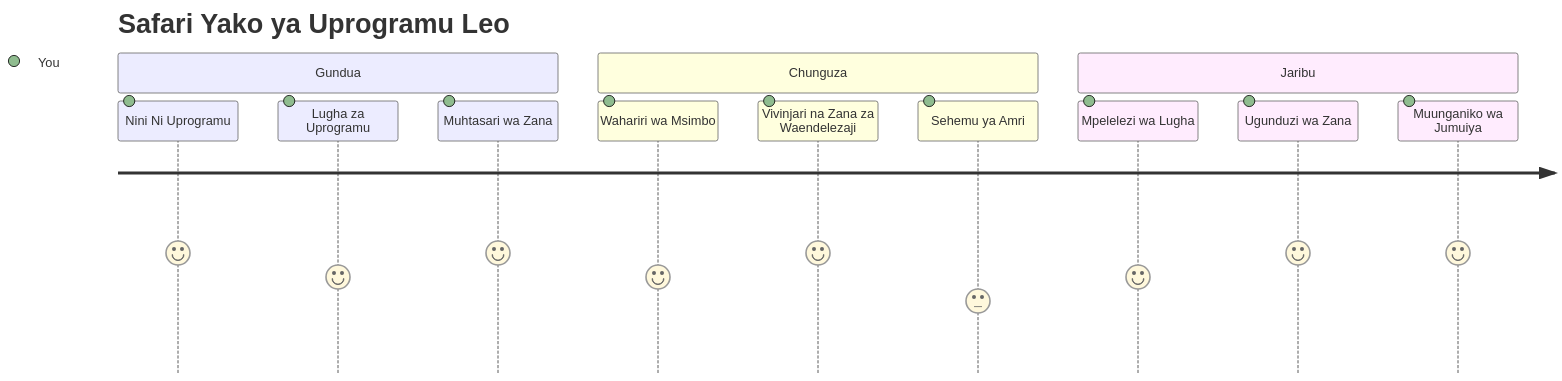
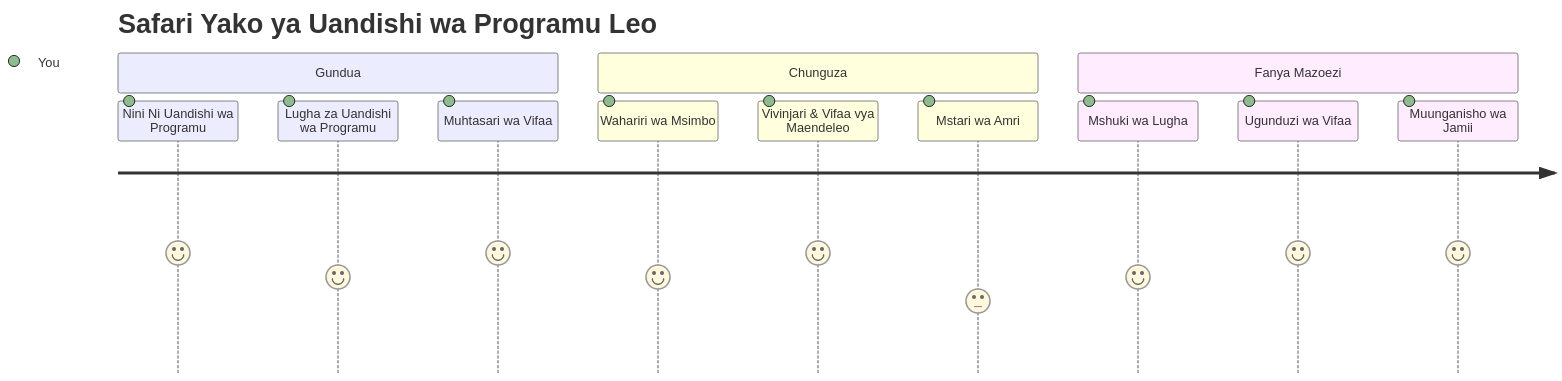
Before and after one commit to microsoft/Web-Dev-For-Beginners: the first of 7 diagrams in translations/sw/1-getting-started-lessons/1-intro-to-programming-languages/README.md, drawn with Mermaid. The commit also changed other lines of this file and 8 other files, not shown here.

````diff
--- a/translations/sw/1-getting-started-lessons/1-intro-to-programming-languages/README.md
+++ b/translations/sw/1-getting-started-lessons/1-intro-to-programming-languages/README.md
@@ -14,16 +14,16 @@
 ```mermaid
 journey
-    title Safari Yako ya Uprogramu Leo
+    title Safari Yako ya Uandishi wa Programu Leo
     section Gundua
-      Nini Ni Uprogramu: 5: You
-      Lugha za Uprogramu: 4: You
-      Muhtasari wa Zana: 5: You
+      Nini Ni Uandishi wa Programu: 5: You
+      Lugha za Uandishi wa Programu: 4: You
+      Muhtasari wa Vifaa: 5: You
     section Chunguza
       Wahariri wa Msimbo: 4: You
-      Vivinjari na Zana za Waendelezaji: 5: You
-      Sehemu ya Amri: 3: You
-    section Jaribu
-      Mpelelezi wa Lugha: 4: You
-      Ugunduzi wa Zana: 5: You
-      Muunganiko wa Jumuiya: 5: You
+      Vivinjari & Vifaa vya Maendeleo: 5: You
+      Mstari wa Amri: 3: You
+    section Fanya Mazoezi
+      Mshuki wa Lugha: 4: You
+      Ugunduzi wa Vifaa: 5: You
+      Muunganisho wa Jamii: 5: You
 ```
````
